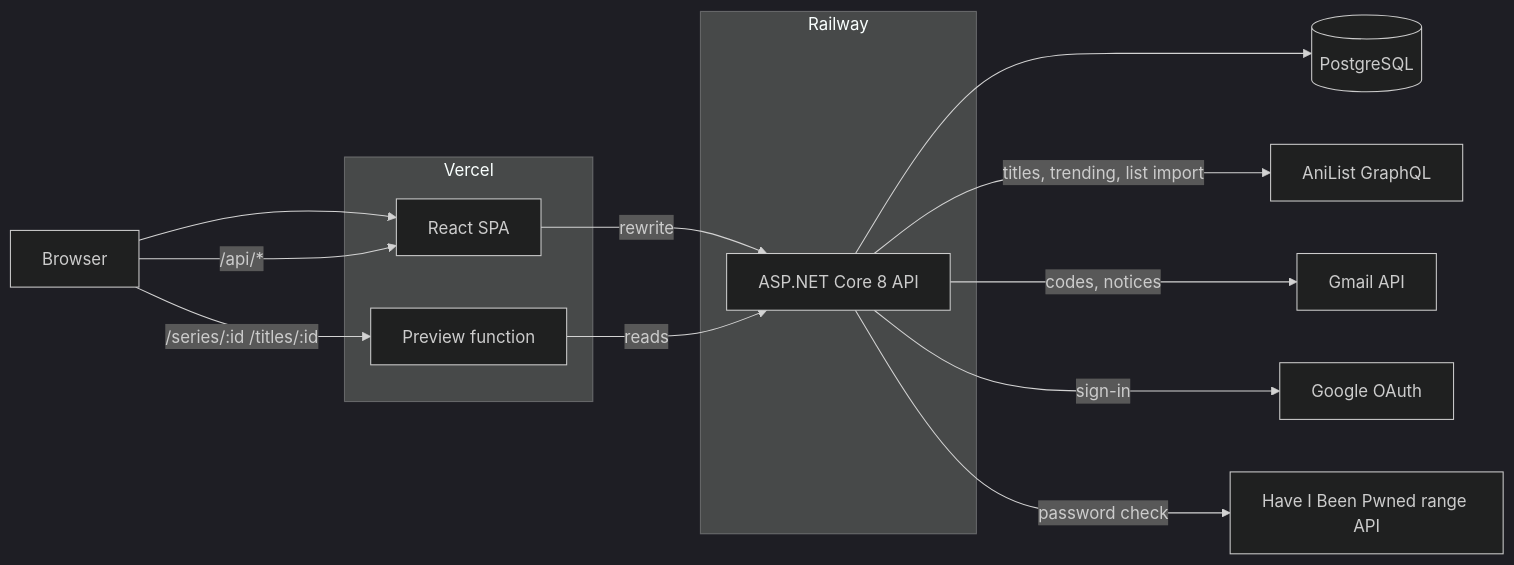
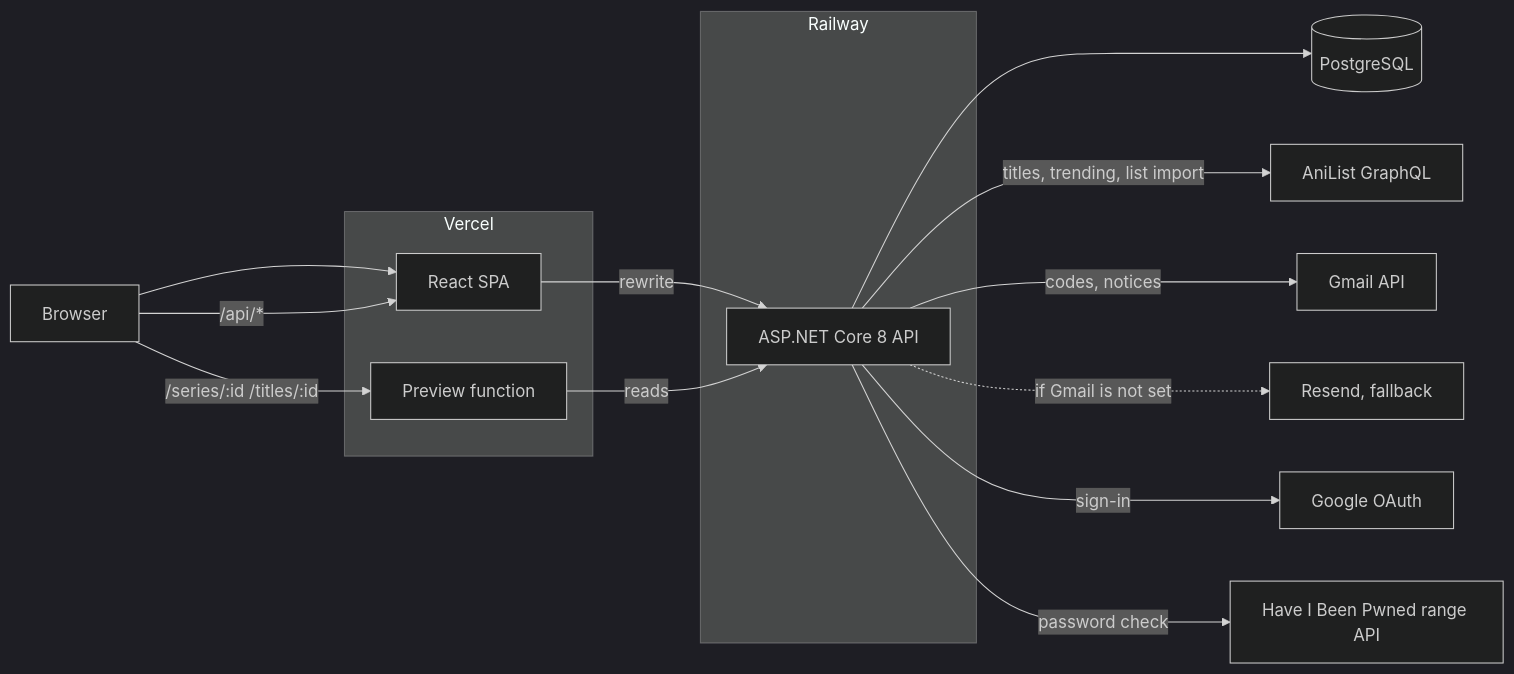
The first of 2 diagrams in README.md (trism-prism/anime-rating-platform), drawn with Mermaid (dark theme) before and after one commit. The commit also changed 4 other files, not shown here.

Commit message:
Docs: fix visibility rule order, add account schema, constraints, rating write, series grouping, email change, AniList import, review flow, request pipeline, startup

````diff
--- a/README.md
+++ b/README.md
@@ -9,27 +9,29 @@
 ```mermaid
 flowchart LR
   B[Browser]
   subgraph Vercel
     S[React SPA]
     PF[Preview function]
   end
   subgraph Railway
     API[ASP.NET Core 8 API]
   end
   DB[(PostgreSQL)]
   AL[AniList GraphQL]
   GM[Gmail API]
+  RS[Resend, fallback]
   GO[Google OAuth]
   HB[Have I Been Pwned range API]
 
   B --> S
   B -->|"/api/*"| S
   S -->|rewrite| API
   B -->|"/series/:id  /titles/:id"| PF
   PF -->|reads| API
   API --> DB
   API -->|titles, trending, list import| AL
   API -->|codes, notices| GM
+  API -.->|if Gmail is not set| RS
   API -->|sign-in| GO
   API -->|password check| HB
 ```
````
